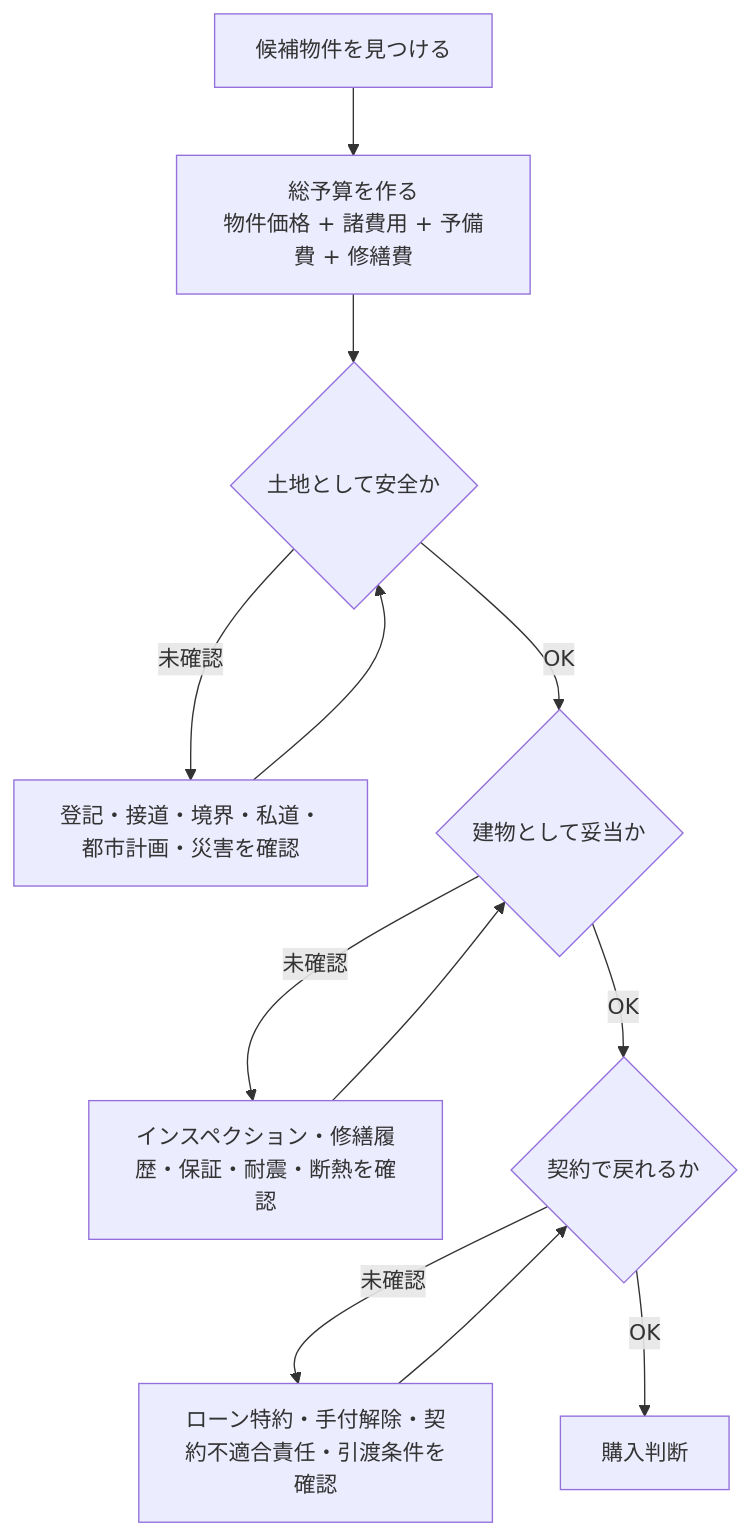
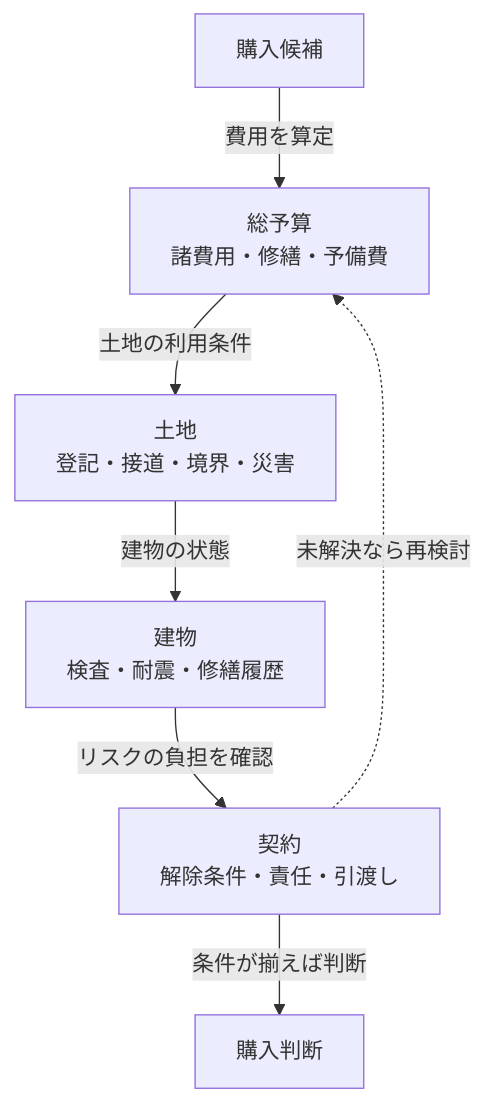
One commit to daylight55/research changed the first of 2 diagrams in articles/report/detached-house-purchase-checklist/ja/index.mdx. Above: the diagram before and after it, drawn with Mermaid. The commit also changed other lines of this file and 181 other files, not shown here.

First line of the commit message:
全記事の図解368点を再生成し、共通注意書きを削除 (#402)

````diff
--- a/articles/report/detached-house-purchase-checklist/ja/index.mdx
+++ b/articles/report/detached-house-purchase-checklist/ja/index.mdx
@@ -34,14 +34,17 @@
 ```mermaid
 flowchart TD
-  A["候補物件を見つける"] --> B["総予算を作る<br/>物件価格 + 諸費用 + 予備費 + 修繕費"]
-  B --> C{"土地として安全か"}
-  C -->|未確認| C1["登記・接道・境界・私道・都市計画・災害を確認"]
-  C -->|OK| D{"建物として妥当か"}
-  D -->|未確認| D1["インスペクション・修繕履歴・保証・耐震・断熱を確認"]
-  D -->|OK| E{"契約で戻れるか"}
-  E -->|未確認| E1["ローン特約・手付解除・契約不適合責任・引渡条件を確認"]
-  E -->|OK| F["購入判断"]
-  C1 --> C
-  D1 --> D
-  E1 --> E
+  accTitle: 戸建て購入で契約前に確認する四つの条件
+  accDescr: 総予算、土地の法的条件、建物の状態、契約上の解除・責任を揃えて購入判断する。未確認の条件は判断に戻す。
+  N0["購入候補"]
+  N1["総予算<br/>諸費用・修繕・予備費"]
+  N2["土地<br/>登記・接道・境界・災害"]
+  N3["建物<br/>検査・耐震・修繕履歴"]
+  N4["契約<br/>解除条件・責任・引渡し"]
+  N5["購入判断"]
+  N0 -->|費用を算定| N1
+  N1 -->|土地の利用条件| N2
+  N2 -->|建物の状態| N3
+  N3 -->|リスクの負担を確認| N4
+  N4 -->|条件が揃えば判断| N5
+  N4 -.->|未解決なら再検討| N1
 ```
````
